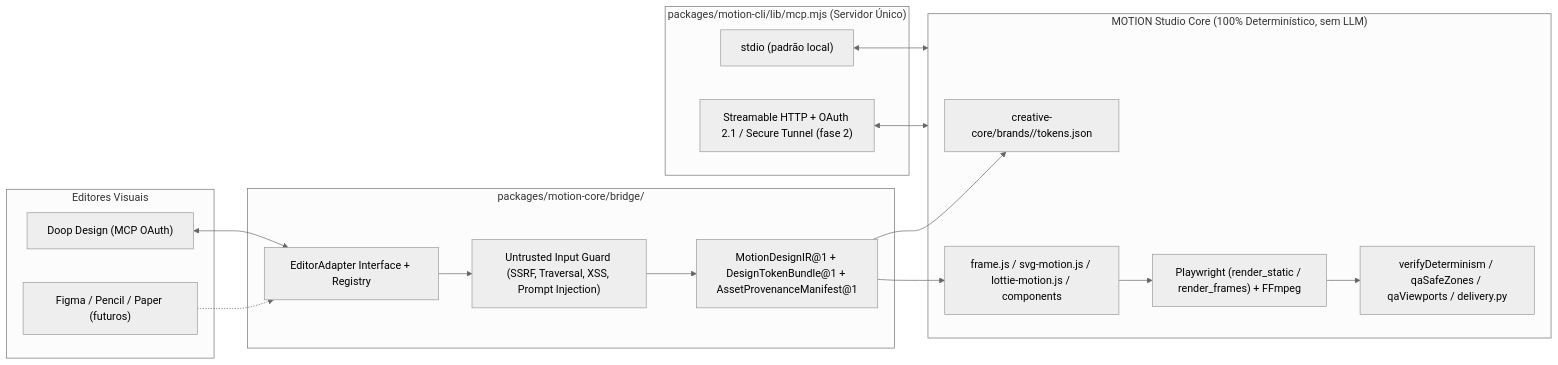
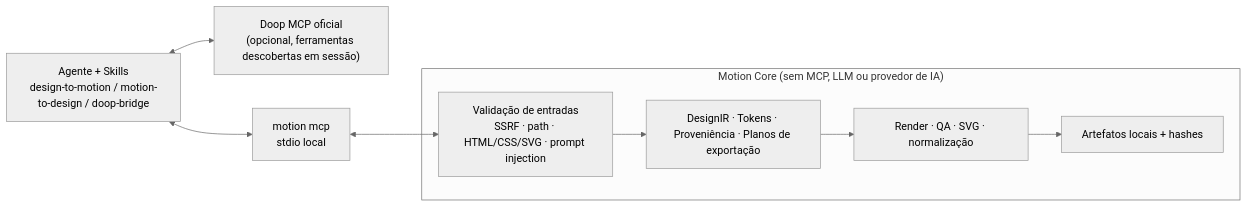
One commit to mateusarcedev/motion-studio changed the diagram in docs/superpowers/specs/2026-11-24-doop-design-integration-architecture.md. Above: the diagram before and after it, drawn with Mermaid (neutral theme). The commit also changed other lines of this file and 7 other files, not shown here.

````diff
--- a/docs/superpowers/specs/2026-11-24-doop-design-integration-architecture.md
+++ b/docs/superpowers/specs/2026-11-24-doop-design-integration-architecture.md
@@ -11,33 +11,15 @@
 ```mermaid
 flowchart LR
-    subgraph Editors["Editores Visuais"]
-        DOOP["Doop Design (MCP OAuth)"]
-        FUTURE["Figma / Pencil / Paper (futuros)"]
+    AGENT["Agente + Skills\ndesign-to-motion / motion-to-design / doop-bridge"]
+    DOOP["Doop MCP oficial\n(opcional, ferramentas descobertas em sessão)"]
+    STDIO["motion mcp\nstdio local"]
+    subgraph MotionCore["Motion Core (sem MCP, LLM ou provedor de IA)"]
+        SEC["Validação de entradas\nSSRF · path · HTML/CSS/SVG · prompt injection"]
+        IR["DesignIR · Tokens · Proveniência · Planos de exportação"]
+        ENGINES["Render · QA · SVG · normalização"]
+        ARTIFACTS["Artefatos locais + hashes"]
     end
-
-    subgraph Bridge["packages/motion-core/bridge/"]
-        ADAPTER["EditorAdapter Interface + Registry"]
-        SEC["Untrusted Input Guard (SSRF, Traversal, XSS, Prompt Injection)"]
-        IR["MotionDesignIR@1 + DesignTokenBundle@1 + AssetProvenanceManifest@1"]
-    end
-
-    subgraph MotionCore["MOTION Studio Core (100% Determinístico, sem LLM)"]
-        BRAND["creative-core/brands/<slug>/tokens.json"]
-        ENGINES["frame.js / svg-motion.js / lottie-motion.js / components"]
-        RENDER["Playwright (render_static / render_frames) + FFmpeg"]
-        QA["verifyDeterminism / qaSafeZones / qaViewports / delivery.py"]
-    end
-
-    subgraph MCP["packages/motion-cli/lib/mcp.mjs (Servidor Único)"]
-        STDIO["stdio (padrão local)"]
-        HTTP["Streamable HTTP + OAuth 2.1 / Secure Tunnel (fase 2)"]
-    end
-
-    DOOP <--> ADAPTER
-    FUTURE -.-> ADAPTER
-    ADAPTER --> SEC --> IR
-    IR --> BRAND
-    IR --> ENGINES --> RENDER --> QA
-    STDIO <--> MotionCore
-    HTTP <--> MotionCore
+    AGENT <--> DOOP
+    AGENT <--> STDIO
+    STDIO <--> SEC --> IR --> ENGINES --> ARTIFACTS
 ```
````
